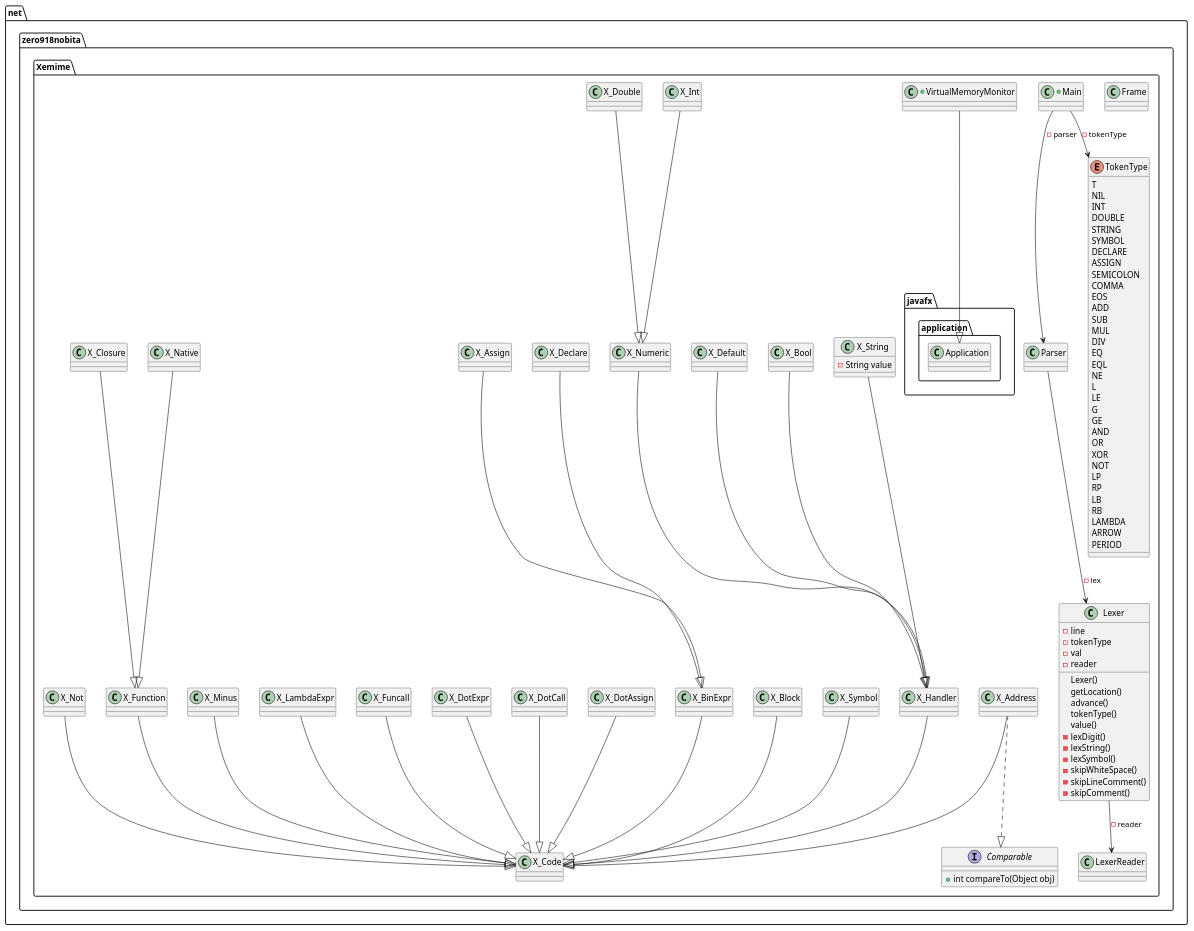
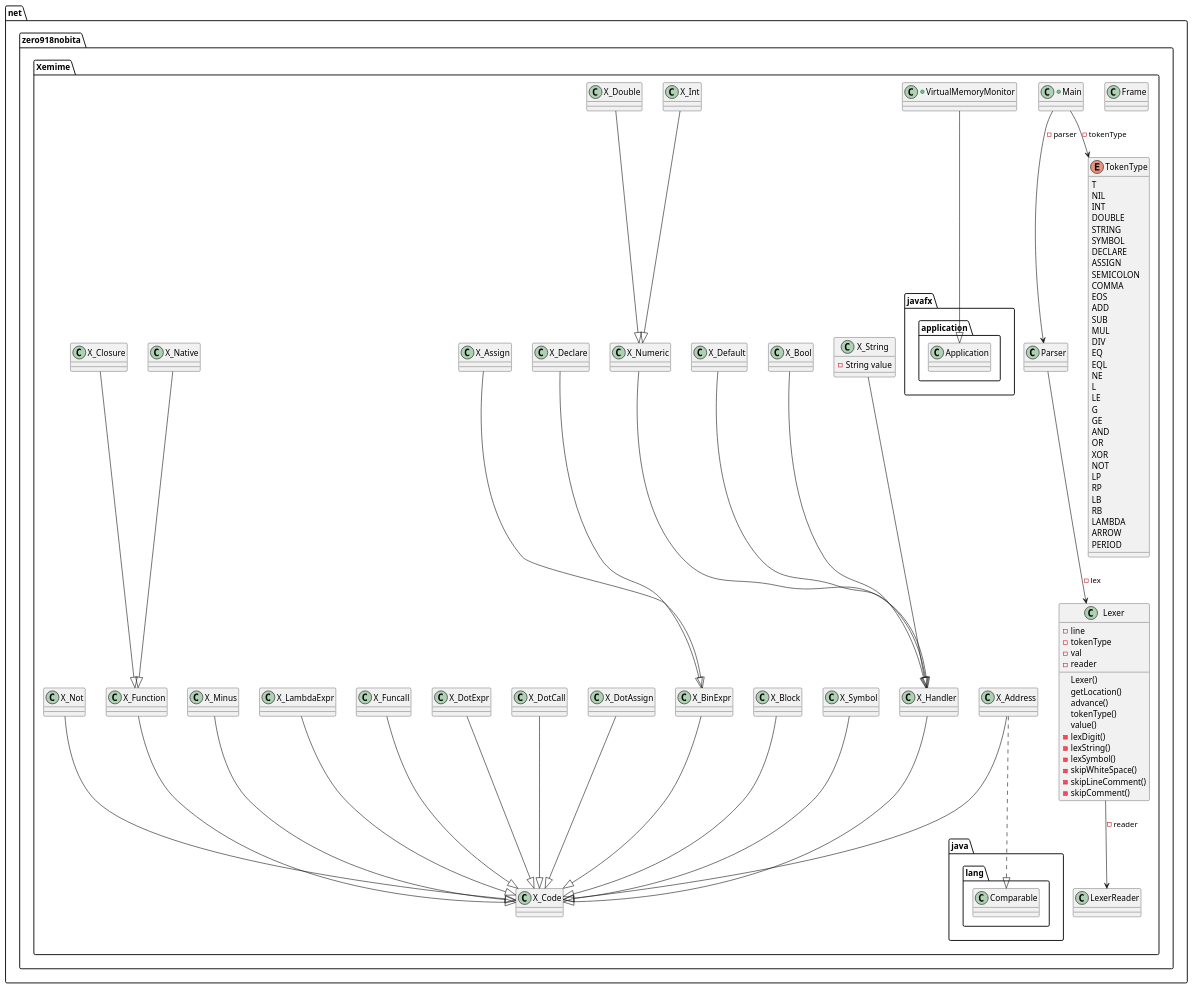
One commit to xemime-lang/xemime changed the diagram in docs/xemime.puml. Above: the diagram before and after it, drawn with PlantUML.

Commit message:
Update class diagram

```diff
--- a/docs/xemime.puml
+++ b/docs/xemime.puml
@@ -84,7 +84,7 @@
     }
 
     X_Address --|> X_Code
-    X_Address ..|> Comparable
+    X_Address ..|> java.lang.Comparable
 
     class X_Assign {
     }
@@ -199,11 +199,6 @@
     }
 
     X_Symbol --|> X_Code
-
-    interface Comparable {
-        +int compareTo(Object obj)
-    }
-
 }
 
 @enduml
```
